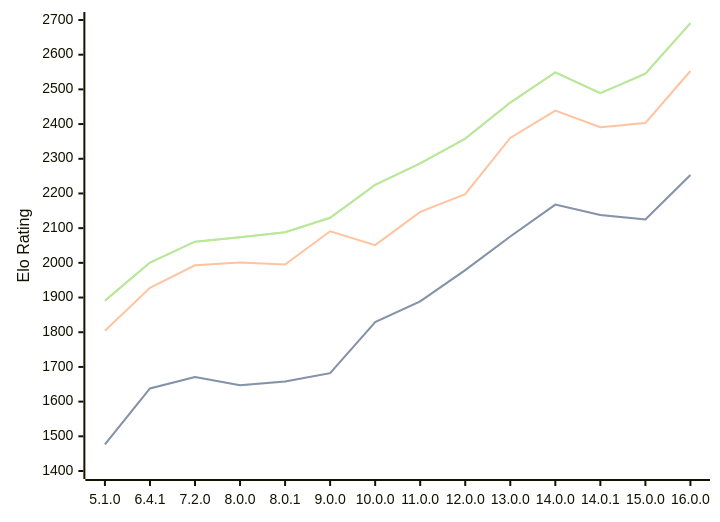
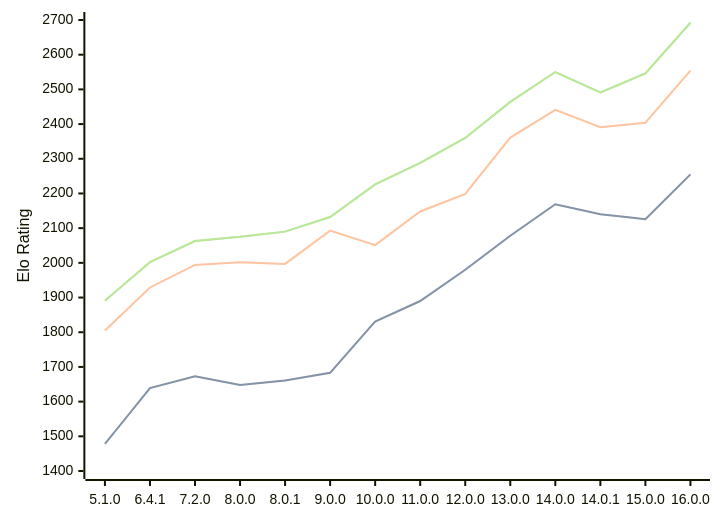
The diagram in engines/Cepimetheus.md (computer-chess-index/cci), drawn with Mermaid before and after one commit. The commit also changed other lines of this file, not shown here.

Commit message:
Update CCI Ratings (ELO VLTC) - 2026-10-09

````diff
--- a/engines/Cepimetheus.md
+++ b/engines/Cepimetheus.md
@@ -68,11 +68,11 @@
 ```mermaid
 %%{init: {"theme":"base","themeVariables":{"seriesColors:['#a3a3a3','#222221','#faa371']}}}%%
 xychart-beta
   x-axis ["5.1.0", "6.4.1", "7.2.0", "8.0.0", "8.0.1", "9.0.0", "10.0.0", "11.0.0", "12.0.0", "13.0.0", "14.0.0", "14.0.1", "15.0.0", "16.0.0"]
   y-axis "Elo Rating" 1400 --> 2700
-  line "" [1477, 1638, 1671, 1647, 1658, 1682, 1829, 1889, 1979, 2076, 2168, 2138, 2125, 2253]
-  line "STC (8.0+0.08s)" [1477, 1638, 1671, 1647, 1658, 1682, 1829, 1889, 1979, 2076, 2168, 2138, 2125, 2253]
-  line "LTC (60.0+0.60s)" [1804, 1928, 1993, 2001, 1995, 2091, 2051, 2147, 2198, 2360, 2439, 2391, 2403, 2553]
-  line "" [1891, 2001, 2061, 2074, 2088, 2130, 2225, 2287, 2358, 2462, 2549, 2489, 2545, 2691]
-  line "VLTC (2m24s+1.12s)" [1891, 2001, 2061, 2074, 2088, 2130, 2225, 2287, 2358, 2462, 2549, 2489, 2545, 2691]
+  line "" [1478, 1639, 1673, 1648, 1661, 1683, 1831, 1890, 1980, 2078, 2169, 2140, 2126, 2255]
+  line "STC (8.0+0.08s)" [1478, 1639, 1673, 1648, 1661, 1683, 1831, 1890, 1980, 2078, 2169, 2140, 2126, 2255]
+  line "LTC (60.0+0.60s)" [1805, 1929, 1994, 2002, 1997, 2093, 2051, 2148, 2199, 2361, 2441, 2391, 2404, 2554]
+  line "" [1891, 2002, 2063, 2075, 2090, 2132, 2226, 2288, 2360, 2464, 2550, 2491, 2546, 2692]
+  line "VLTC (2m24s+1.12s)" [1891, 2002, 2063, 2075, 2090, 2132, 2226, 2288, 2360, 2464, 2550, 2491, 2546, 2692]
 ```
````
